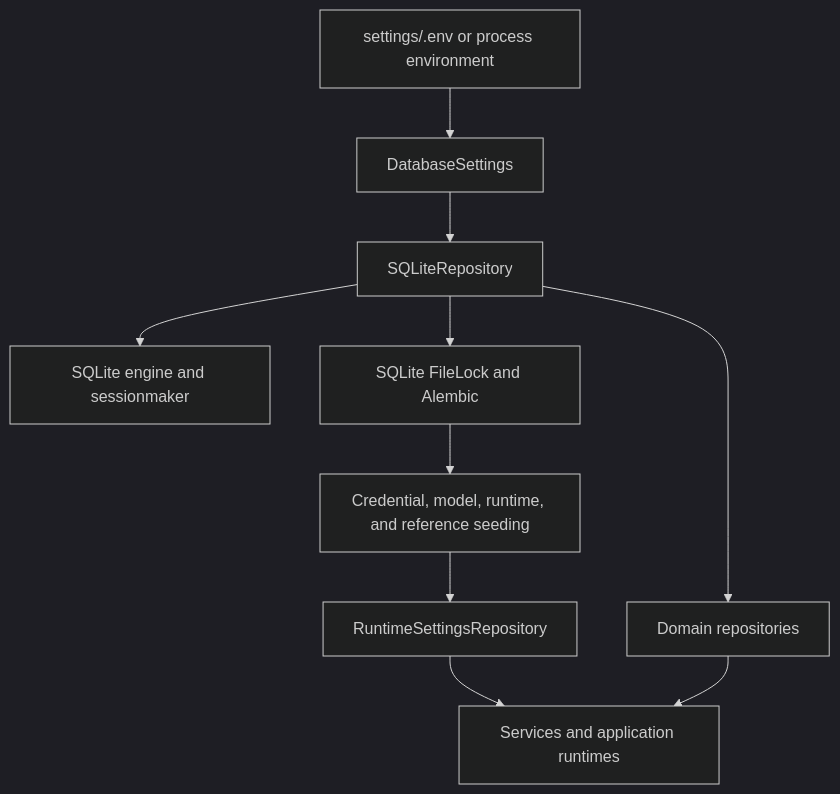
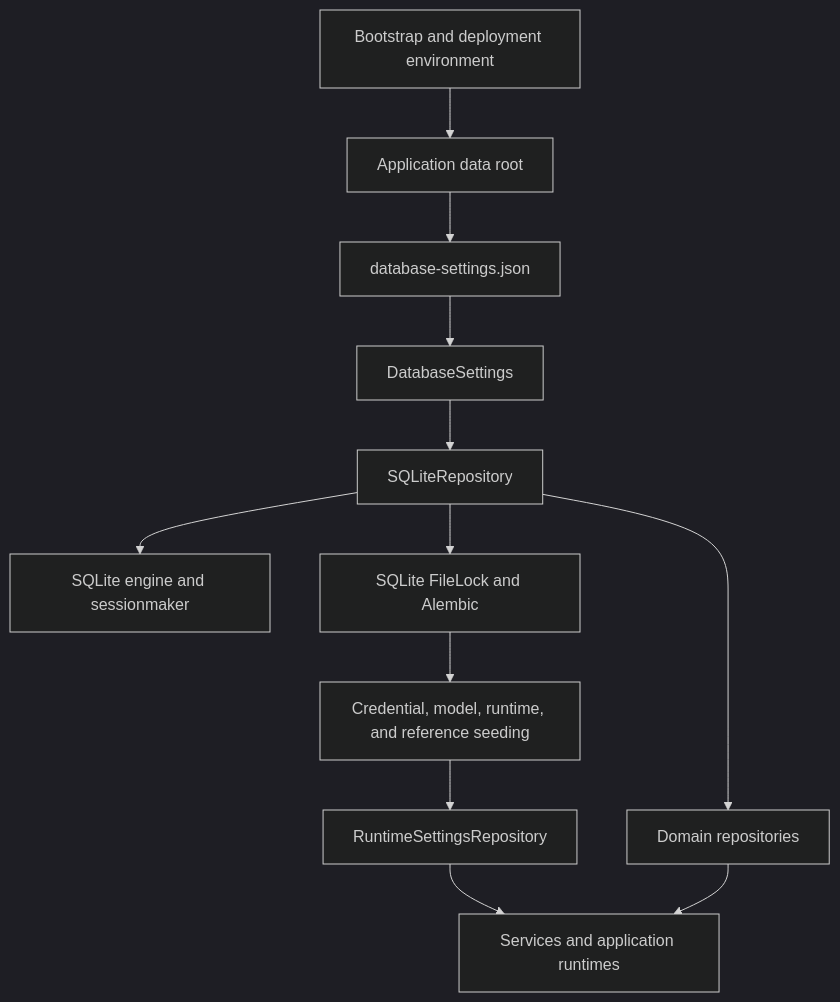
One commit to CTCycle/AEGIS-Geospatial-View changed the diagram in assets/docs/architecture/persistence.md. Above: the diagram before and after it, drawn with Mermaid (dark theme). The commit also changed other lines of this file and 34 other files, not shown here.

Commit message:
feat: add database settings and runtime switching

````diff
--- a/assets/docs/architecture/persistence.md
+++ b/assets/docs/architecture/persistence.md
@@ -18,22 +26,26 @@
 ```mermaid
 flowchart TD
-    ENV[settings/.env or process environment]
+    ENV[Bootstrap and deployment environment]
+    ROOT[Application data root]
+    CONFIG[database-settings.json]
     SETTINGS[DatabaseSettings]
     DB[SQLiteRepository]
     ENGINE[SQLite engine and sessionmaker]
     MIG[SQLite FileLock and Alembic]
     SEED[Credential, model, runtime, and reference seeding]
     RUNTIME[RuntimeSettingsRepository]
     REPOS[Domain repositories]
     SERVICES[Services and application runtimes]
 
-    ENV --> SETTINGS
+    ENV --> ROOT
+    ROOT --> CONFIG
+    CONFIG --> SETTINGS
     SETTINGS --> DB
     DB --> ENGINE
     DB --> MIG
     MIG --> SEED
     SEED --> RUNTIME
     RUNTIME --> SERVICES
     DB --> REPOS
     REPOS --> SERVICES
 ```
````
